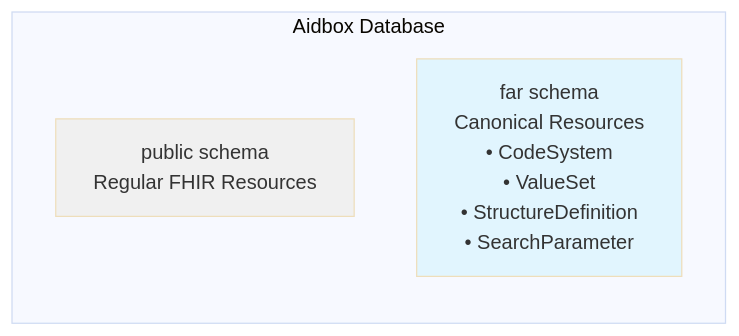
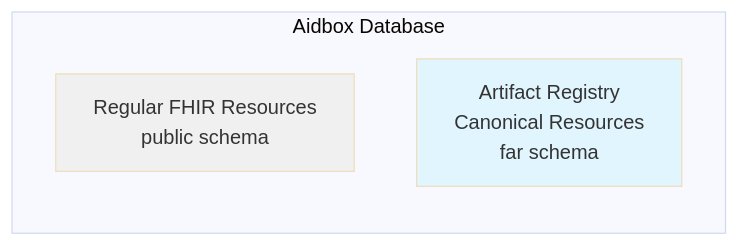
The first of 3 diagrams in docs/artifact-registry/artifact-registry-overview.md (HealthSamurai/documentation), drawn with Mermaid (base theme) before and after one commit. The commit also changed other lines of this file and 18 other files, not shown here.

````diff
--- a/docs/artifact-registry/artifact-registry-overview.md
+++ b/docs/artifact-registry/artifact-registry-overview.md
@@ -15,10 +17,10 @@
 ```mermaid
 graph LR
     subgraph "Aidbox Database"
-        A[public schema<br/>Regular FHIR Resources]
-        B[far schema<br/>Canonical Resources<br/>• CodeSystem<br/>• ValueSet<br/>• StructureDefinition<br/>• SearchParameter]
+        A[Regular FHIR Resources</br>public schema]
+        B[Artifact Registry<br/>Canonical Resources</br>far schema]
     end
 
     style A fill:#f0f0f0
     style B fill:#e1f5fe
 ```
````
